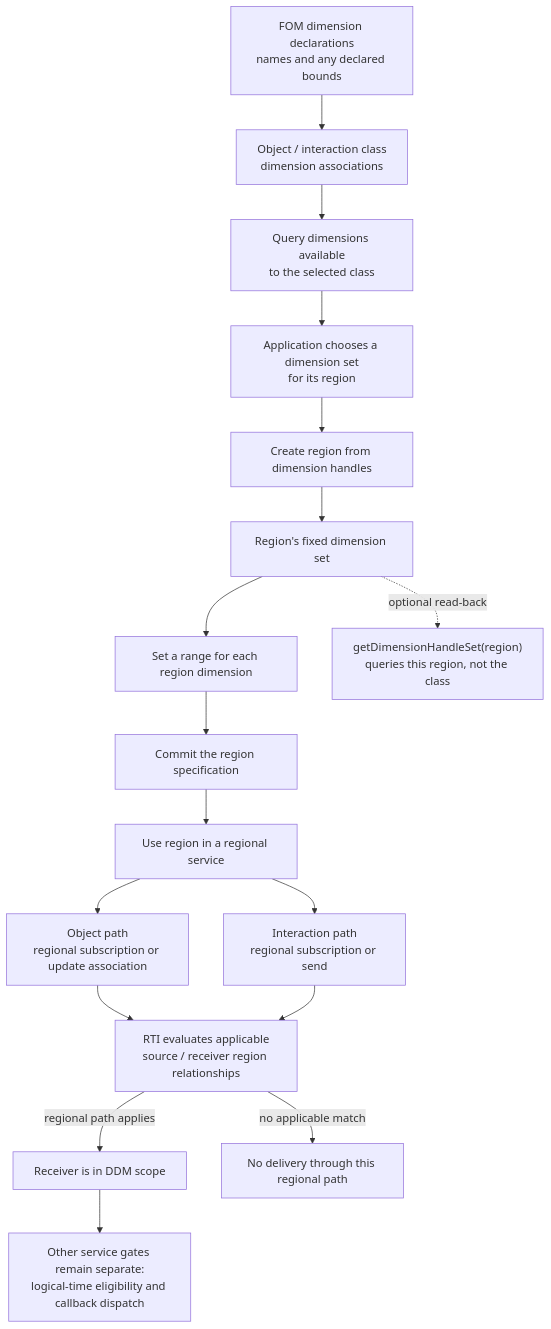
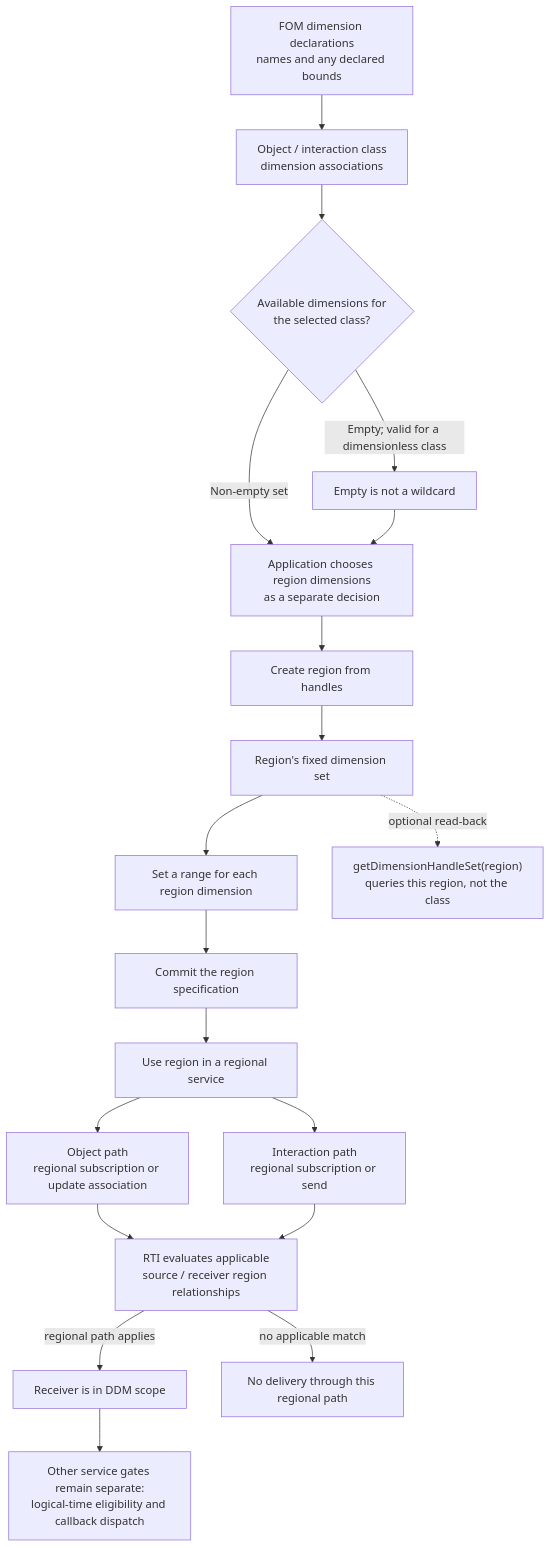
One commit to sheepfling/umbra changed the second of 36 diagrams in docs/design/HLA-2025-DATA-DISTRIBUTION-AND-REGIONS-FLOW-GUIDE.md. Above: the diagram before and after it, drawn with Mermaid. The commit also changed other lines of this file and 21 other files, not shown here.

Commit message:
docs: publish 2025 HLA flow guide update

````diff
--- a/docs/design/HLA-2025-DATA-DISTRIBUTION-AND-REGIONS-FLOW-GUIDE.md
+++ b/docs/design/HLA-2025-DATA-DISTRIBUTION-AND-REGIONS-FLOW-GUIDE.md
@@ -117,21 +117,21 @@
 ```mermaid
 flowchart TD
   MODEL["FOM dimension declarations<br/>names and any declared bounds"]
   ASSOC["Object / interaction class<br/>dimension associations"]
   MODEL --> ASSOC
-  ASSOC --> QUERY["Query dimensions available<br/>to the selected class"]
-  QUERY --> CHOOSE["Application chooses a dimension set<br/>for its region"]
-  CHOOSE --> CREATE["Create region from dimension handles"]
+  ASSOC --> QUERY{"Available dimensions for<br/>the selected class?"}
+  QUERY -->|"Non-empty set"| CHOOSE["Application chooses region dimensions<br/>as a separate decision"] --> CREATE["Create region from handles"]
+  QUERY -->|"Empty; valid for a dimensionless class"| EMPTY["Empty is not a wildcard"] --> CHOOSE
   CREATE --> SHAPE["Region's fixed dimension set"]
   SHAPE --> RANGES["Set a range for each region dimension"]
   SHAPE -. "optional read-back" .-> READBACK["getDimensionHandleSet(region)<br/>queries this region, not the class"]
   RANGES --> COMMIT["Commit the region specification"]
   COMMIT --> USE["Use region in a regional service"]
   USE --> OBJECT["Object path<br/>regional subscription or update association"]
   USE --> INTERACTION["Interaction path<br/>regional subscription or send"]
   OBJECT --> DDM["RTI evaluates applicable<br/>source / receiver region relationships"]
   INTERACTION --> DDM
   DDM -->|"regional path applies"| SCOPE["Receiver is in DDM scope"]
   DDM -->|"no applicable match"| OUT["No delivery through this regional path"]
   SCOPE --> OTHER["Other service gates remain separate:<br/>logical-time eligibility and callback dispatch"]
 ```
````
